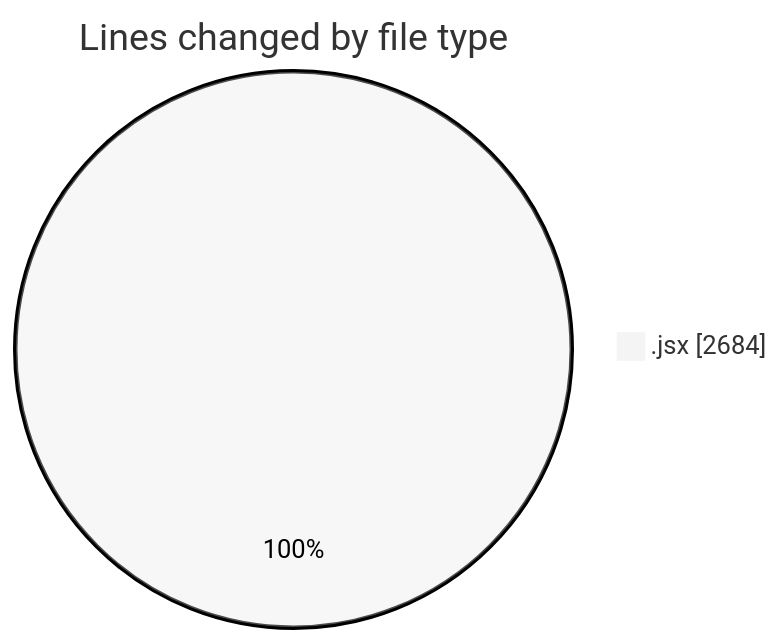
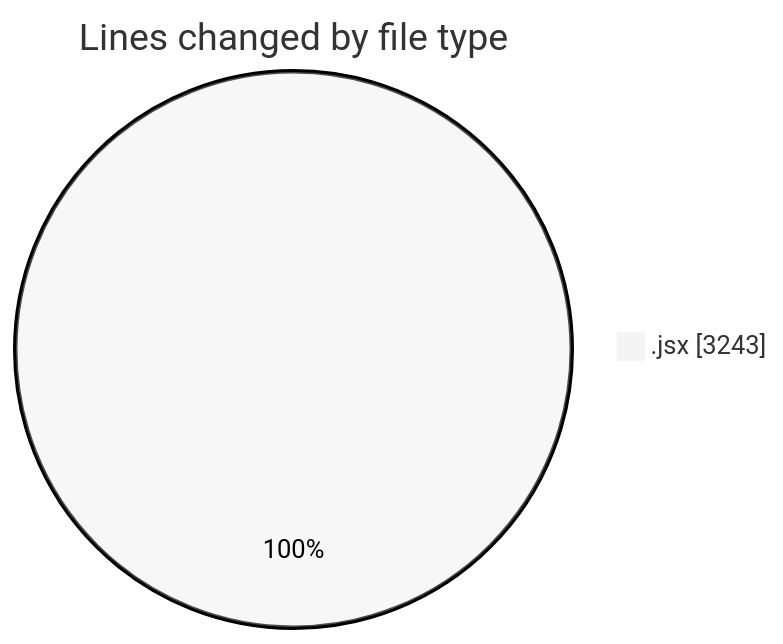
The first of 2 diagrams in 2025-07-08/argos/README.md (nxtqubesakshisongat/code-tracking), drawn with Mermaid (neutral theme) before and after one commit. The commit also changed other lines of this file and 1 other file, not shown here.

````diff
--- a/2025-07-08/argos/README.md
+++ b/2025-07-08/argos/README.md
@@ -21,5 +22,5 @@
 ```mermaid
 pie showData
 title Lines changed by file type
-".jsx" : 2684
+".jsx" : 3243
 ```
````
